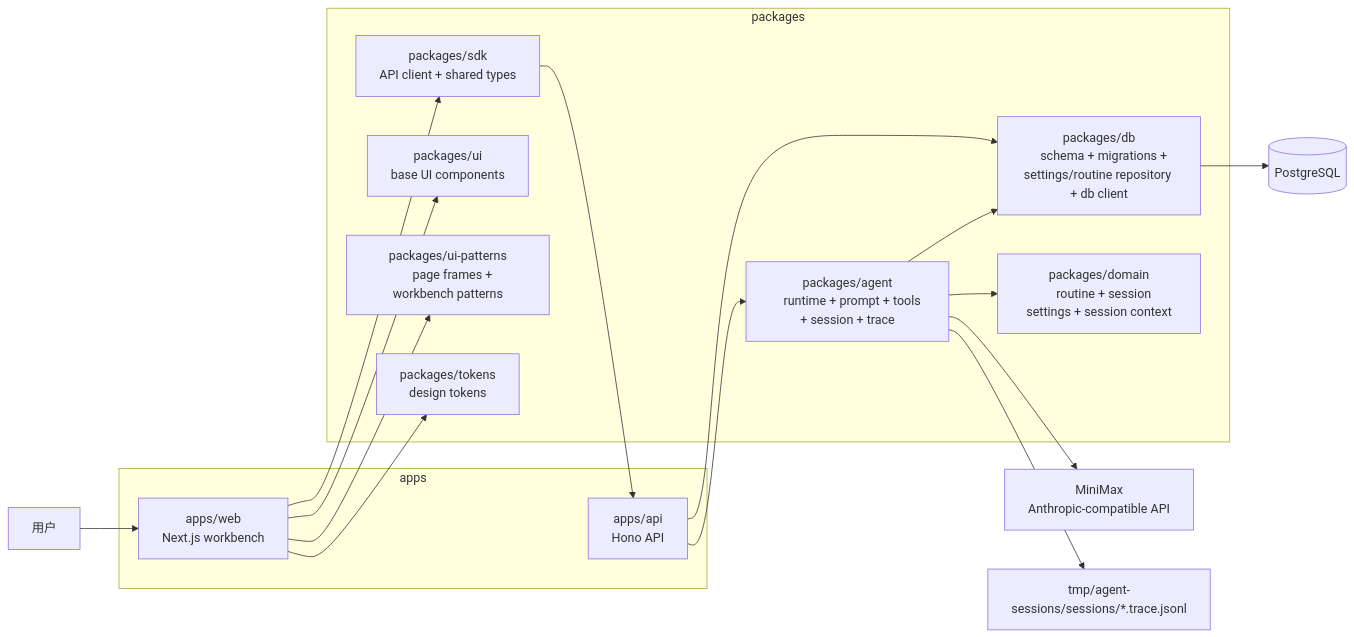
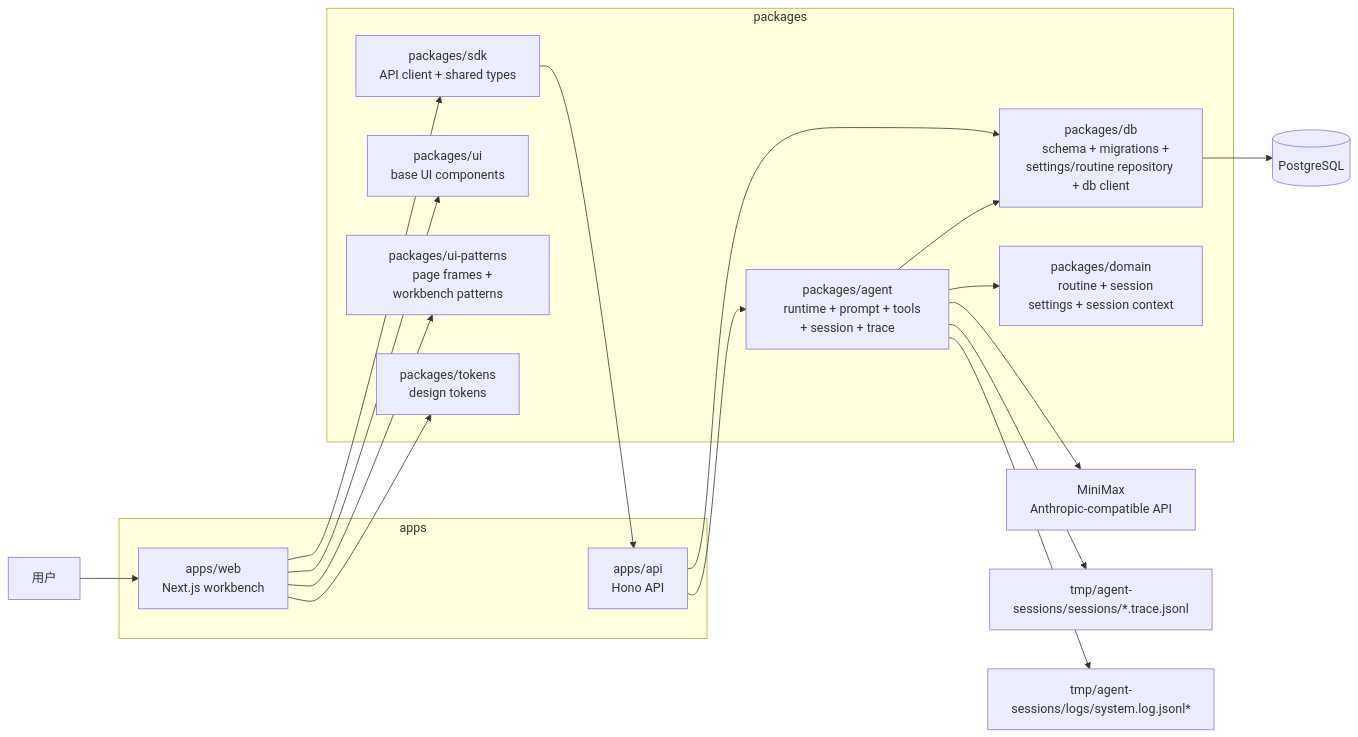
Before and after one commit to pswd123456/my-agent-proj: the first of 2 diagrams in docs/architecture/diagram.md, drawn with Mermaid. The commit also changed other lines of this file and 79 other files, not shown here.

````diff
--- a/docs/architecture/diagram.md
+++ b/docs/architecture/diagram.md
@@ -7,47 +7,49 @@
 ```mermaid
 flowchart LR
   user["用户"]
 
   subgraph apps["apps"]
     web["apps/web
     Next.js workbench"]
     api["apps/api
     Hono API"]
   end
 
   subgraph packages["packages"]
     sdk["packages/sdk
     API client + shared types"]
     agent["packages/agent
     runtime + prompt + tools + session + trace"]
     db["packages/db
     schema + migrations + settings/routine repository + db client"]
     domain["packages/domain
     routine + session settings + session context"]
     ui["packages/ui
     base UI components"]
     patterns["packages/ui-patterns
     page frames + workbench patterns"]
     tokens["packages/tokens
     design tokens"]
   end
 
   postgres[("PostgreSQL")]
   minimax["MiniMax
   Anthropic-compatible API"]
   trace["tmp/agent-sessions/sessions/*.trace.jsonl"]
+  logs["tmp/agent-sessions/logs/system.log.jsonl*"]
 
   user --> web
   web --> ui
   web --> patterns
   web --> tokens
   web --> sdk
   sdk --> api
   api --> agent
   api --> db
   agent --> domain
   agent --> db
   db --> postgres
   agent --> minimax
   agent --> trace
+  agent --> logs
 ```
````
